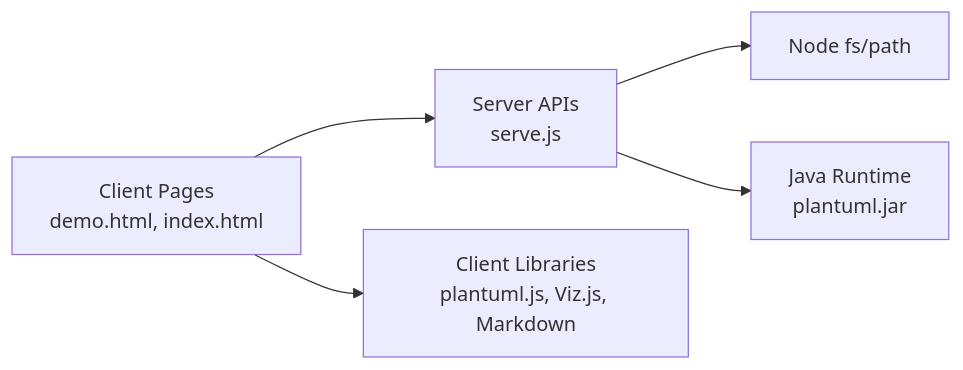
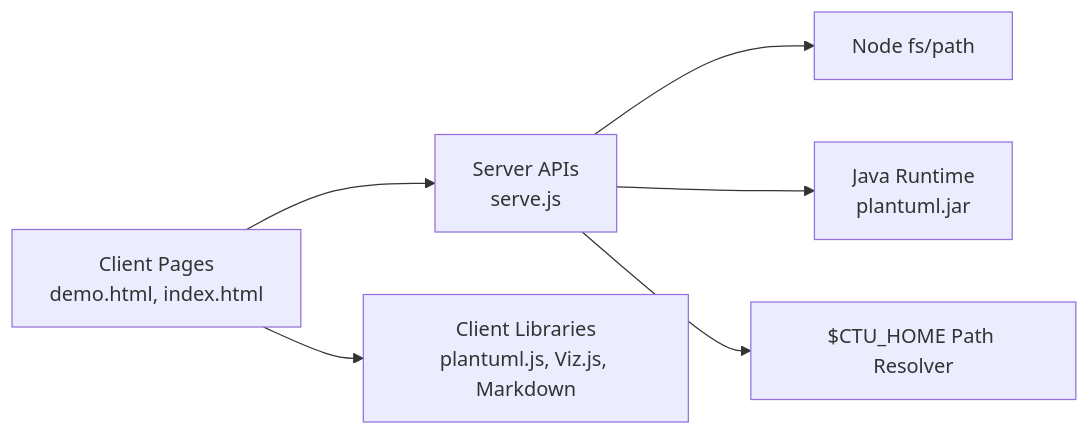
One commit to pingwurth/code-to-uml changed the third of 3 diagrams in .qoder/repowiki/en/content/Architecture Overview/Server Infrastructure.md. Above: the diagram before and after it, drawn with Mermaid. The commit also changed other lines of this file and 21 other files, not shown here.

Commit message:
chore(docs): 删除 Code-To-UML 介绍文档

````diff
--- a/.qoder/repowiki/en/content/Architecture Overview/Server Infrastructure.md
+++ b/.qoder/repowiki/en/content/Architecture Overview/Server Infrastructure.md
@@ -271,7 +299,8 @@
 ```mermaid
 graph LR
 Client["Client Pages<br/>demo.html, index.html"] --> API["Server APIs<br/>serve.js"]
 API --> FS["Node fs/path"]
 API --> JVM["Java Runtime<br/>plantuml.jar"]
+API --> PATHRES["$CTU_HOME Path Resolver"]
 Client --> Libs["Client Libraries<br/>plantuml.js, Viz.js, Markdown"]
 ```
````
